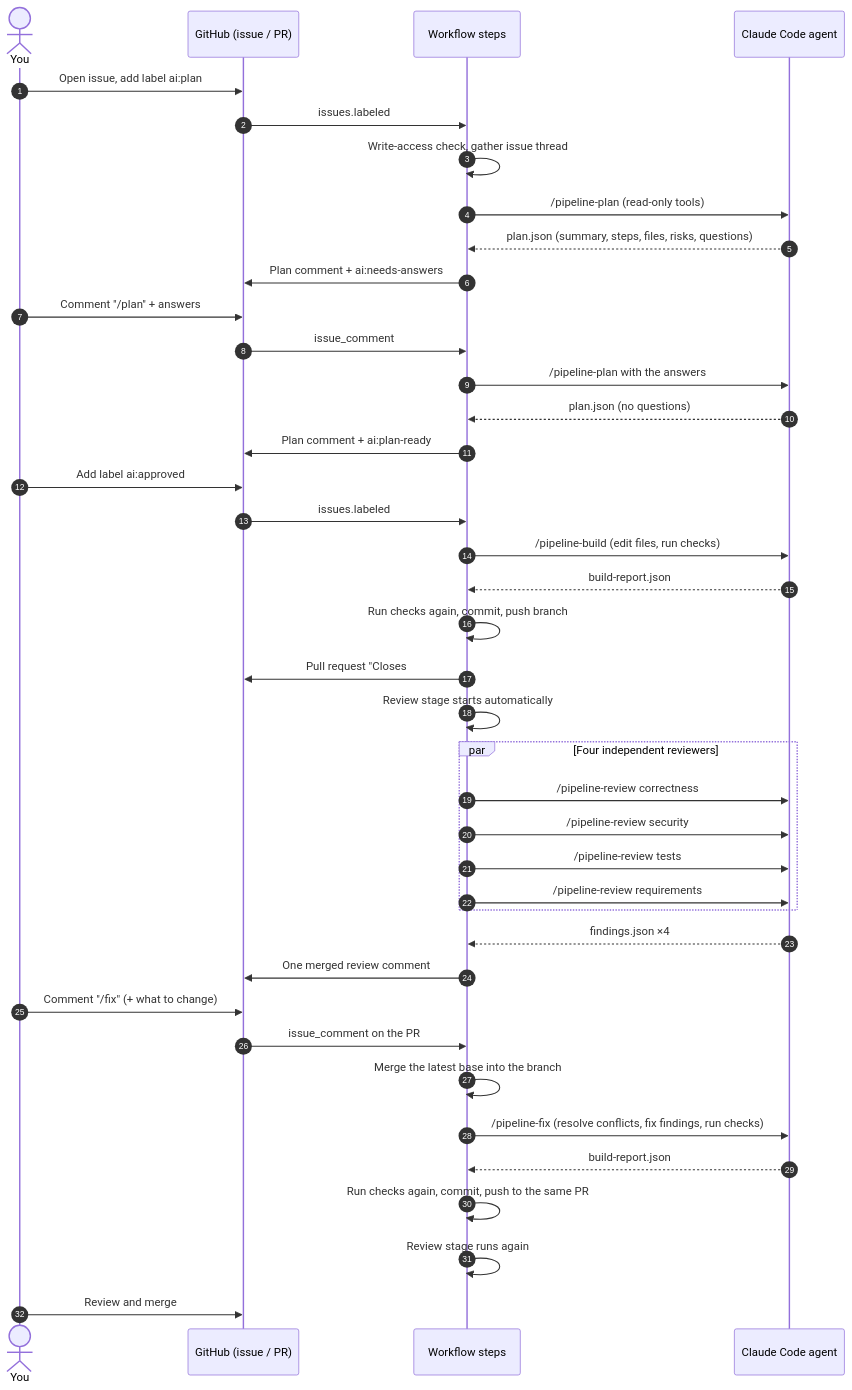
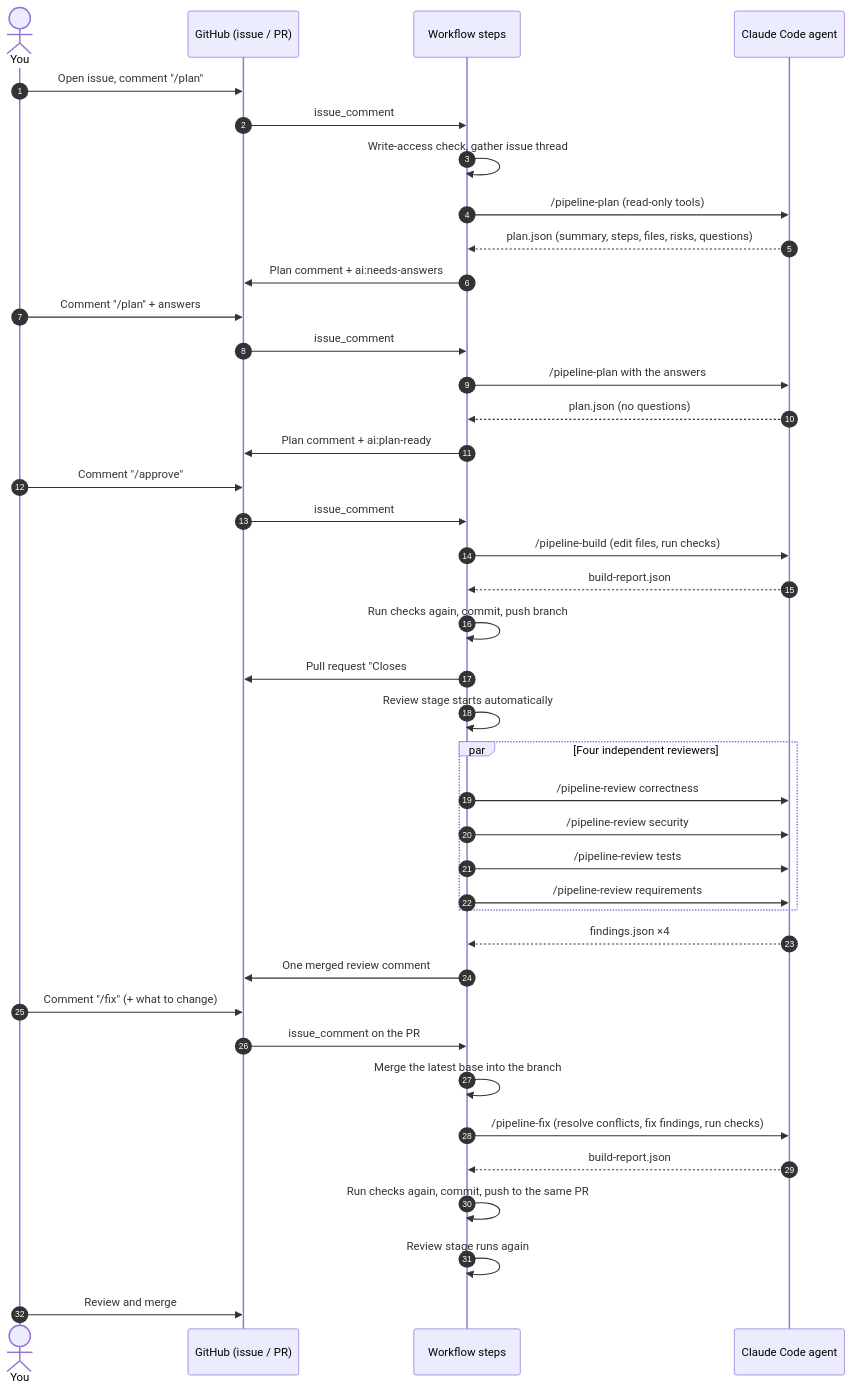
The diagram in README.md (jmcfadden27/claude-code-dev-pipeline), drawn with Mermaid before and after one commit. The commit also changed other lines of this file and 32 other files, not shown here.

````diff
--- a/README.md
+++ b/README.md
@@ -33,43 +33,43 @@
 ```mermaid
 sequenceDiagram
     autonumber
     actor You
     participant GH as GitHub (issue / PR)
     participant WF as Workflow steps
     participant AG as Claude Code agent
 
-    You->>GH: Open issue, add label ai:plan
-    GH->>WF: issues.labeled
+    You->>GH: Open issue, comment "/plan"
+    GH->>WF: issue_comment
     WF->>WF: Write-access check, gather issue thread
     WF->>AG: /pipeline-plan (read-only tools)
     AG-->>WF: plan.json (summary, steps, files, risks, questions)
     WF->>GH: Plan comment + ai:needs-answers
     You->>GH: Comment "/plan" + answers
     GH->>WF: issue_comment
     WF->>AG: /pipeline-plan with the answers
     AG-->>WF: plan.json (no questions)
     WF->>GH: Plan comment + ai:plan-ready
-    You->>GH: Add label ai:approved
-    GH->>WF: issues.labeled
+    You->>GH: Comment "/approve"
+    GH->>WF: issue_comment
     WF->>AG: /pipeline-build (edit files, run checks)
     AG-->>WF: build-report.json
     WF->>WF: Run checks again, commit, push branch
     WF->>GH: Pull request "Closes #N"
     WF->>WF: Review stage starts automatically
     par Four independent reviewers
         WF->>AG: /pipeline-review correctness
         WF->>AG: /pipeline-review security
         WF->>AG: /pipeline-review tests
         WF->>AG: /pipeline-review requirements
     end
     AG-->>WF: findings.json ×4
     WF->>GH: One merged review comment
     You->>GH: Comment "/fix" (+ what to change)
     GH->>WF: issue_comment on the PR
     WF->>WF: Merge the latest base into the branch
     WF->>AG: /pipeline-fix (resolve conflicts, fix findings, run checks)
     AG-->>WF: build-report.json
     WF->>WF: Run checks again, commit, push to the same PR
     WF->>WF: Review stage runs again
     You->>GH: Review and merge
 ```
````
